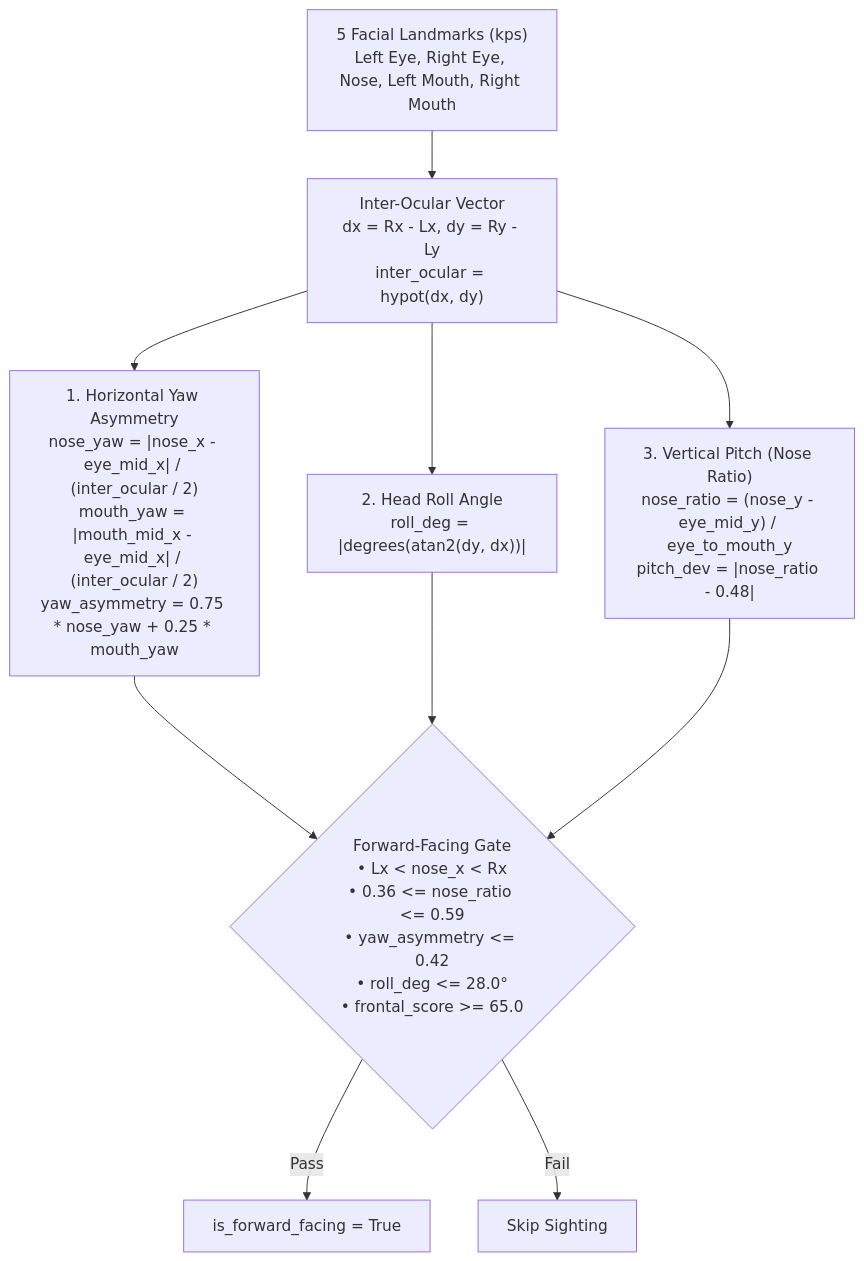
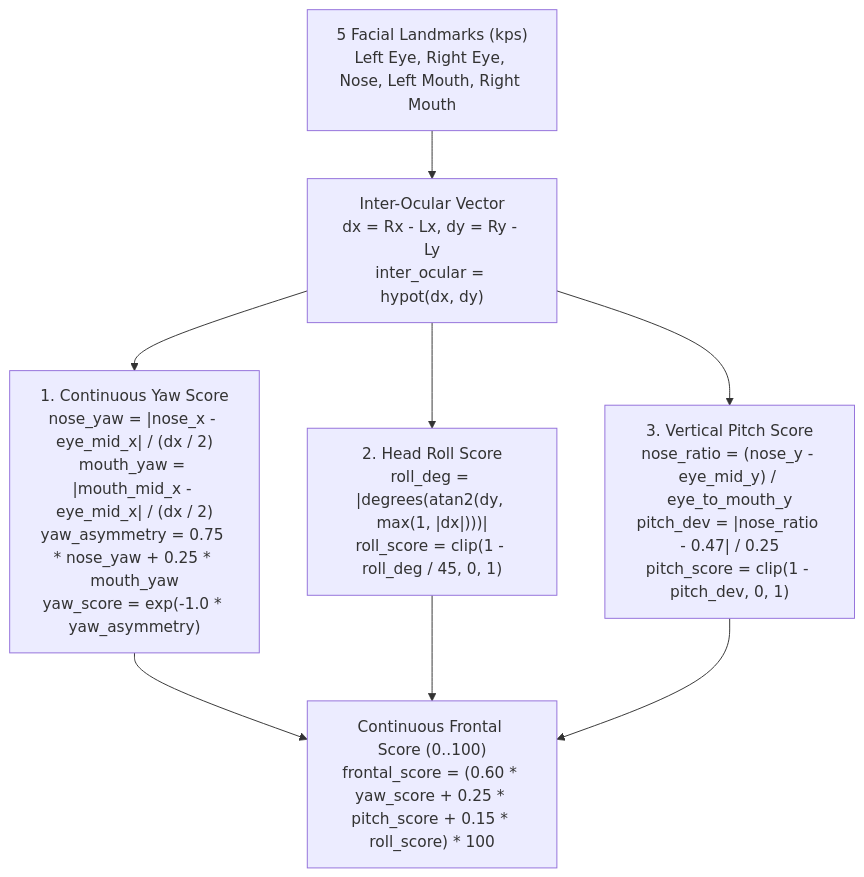
One commit to gfilicetti/video-face-grabber changed the second of 2 diagrams in ARCHITECTURE.md. Above: the diagram before and after it, drawn with Mermaid. The commit also changed other lines of this file and 8 other files, not shown here.

Commit message:
feat(vision): capture all people including profile-only faces and rank by continuous frontal score

````diff
--- a/ARCHITECTURE.md
+++ b/ARCHITECTURE.md
@@ -119,10 +119,8 @@
 ```mermaid
 flowchart TD
     KPS["5 Facial Landmarks (kps)\nLeft Eye, Right Eye, Nose, Left Mouth, Right Mouth"] --> EyeGeo["Inter-Ocular Vector\ndx = Rx - Lx, dy = Ry - Ly\ninter_ocular = hypot(dx, dy)"]
-    EyeGeo --> Yaw["1. Horizontal Yaw Asymmetry\nnose_yaw = |nose_x - eye_mid_x| / (inter_ocular / 2)\nmouth_yaw = |mouth_mid_x - eye_mid_x| / (inter_ocular / 2)\nyaw_asymmetry = 0.75 * nose_yaw + 0.25 * mouth_yaw"]
-    EyeGeo --> Roll["2. Head Roll Angle\nroll_deg = |degrees(atan2(dy, dx))|"]
-    EyeGeo --> Pitch["3. Vertical Pitch (Nose Ratio)\nnose_ratio = (nose_y - eye_mid_y) / eye_to_mouth_y\npitch_dev = |nose_ratio - 0.48|"]
-    Yaw & Roll & Pitch --> Gate{"Forward-Facing Gate\n• Lx < nose_x < Rx\n• 0.36 <= nose_ratio <= 0.59\n• yaw_asymmetry <= 0.42\n• roll_deg <= 28.0°\n• frontal_score >= 65.0"}
-    Gate -- "Pass" --> Accept["is_forward_facing = True"]
-    Gate -- "Fail" --> Reject["Skip Sighting"]
+    EyeGeo --> Yaw["1. Continuous Yaw Score\nnose_yaw = |nose_x - eye_mid_x| / (dx / 2)\nmouth_yaw = |mouth_mid_x - eye_mid_x| / (dx / 2)\nyaw_asymmetry = 0.75 * nose_yaw + 0.25 * mouth_yaw\nyaw_score = exp(-1.0 * yaw_asymmetry)"]
+    EyeGeo --> Roll["2. Head Roll Score\nroll_deg = |degrees(atan2(dy, max(1, |dx|)))|\nroll_score = clip(1 - roll_deg / 45, 0, 1)"]
+    EyeGeo --> Pitch["3. Vertical Pitch Score\nnose_ratio = (nose_y - eye_mid_y) / eye_to_mouth_y\npitch_dev = |nose_ratio - 0.47| / 0.25\npitch_score = clip(1 - pitch_dev, 0, 1)"]
+    Yaw & Roll & Pitch --> Score["Continuous Frontal Score (0..100)\nfrontal_score = (0.60 * yaw_score + 0.25 * pitch_score + 0.15 * roll_score) * 100"]
 ```
````
